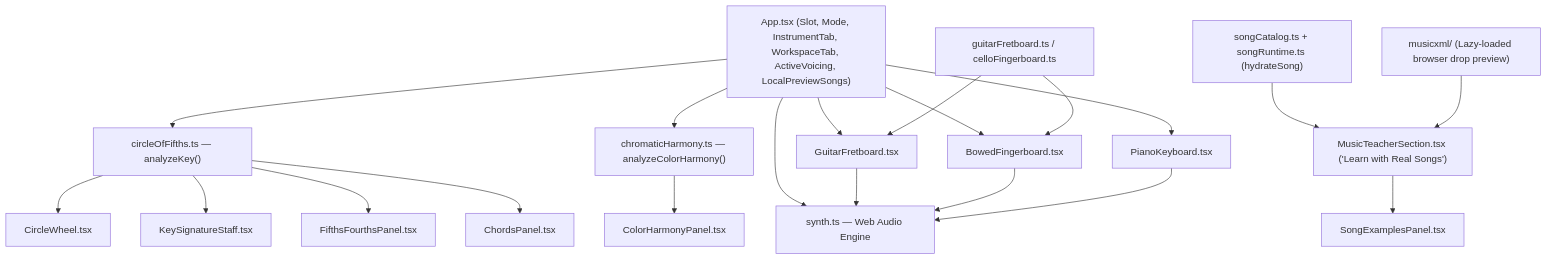
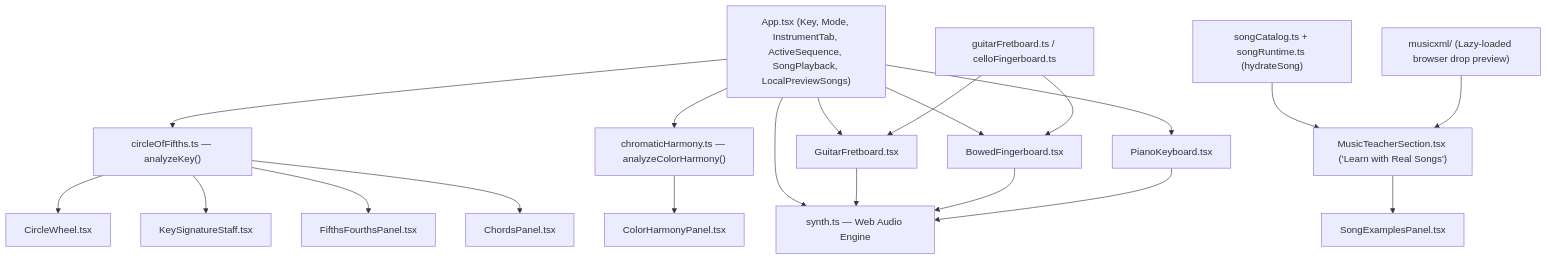
One commit to NewGuy012/musical-scales changed the diagram in docs/architecture.md. Above: the diagram before and after it, drawn with Mermaid. The commit also changed other lines of this file and 5 other files, not shown here.

````diff
--- a/docs/architecture.md
+++ b/docs/architecture.md
@@ -85,34 +84,34 @@
 ```mermaid
 flowchart TD
-    State["App.tsx (Slot, Mode, InstrumentTab, WorkspaceTab, ActiveVoicing, LocalPreviewSongs)"]
+    State["App.tsx (Key, Mode, InstrumentTab, ActiveSequence, SongPlayback, LocalPreviewSongs)"]
     Theory["circleOfFifths.ts — analyzeKey()"]
     ColorTheory["chromaticHarmony.ts — analyzeColorHarmony()"]
     Voicings["guitarFretboard.ts / celloFingerboard.ts"]
     Songs["songCatalog.ts + songRuntime.ts (hydrateSong)"]
     MusicXML["musicxml/ (Lazy-loaded browser drop preview)"]
     Synth["synth.ts — Web Audio Engine"]
 
     State --> Theory
     State --> ColorTheory
     Theory --> Wheel["CircleWheel.tsx"]
     Theory --> Staff["KeySignatureStaff.tsx"]
     Theory --> Neighbors["FifthsFourthsPanel.tsx"]
     Theory --> Chords["ChordsPanel.tsx"]
     ColorTheory --> ColorPanel["ColorHarmonyPanel.tsx"]
 
     Songs --> Teacher["MusicTeacherSection.tsx ('Learn with Real Songs')"]
     MusicXML --> Teacher
     Teacher --> SongPanel["SongExamplesPanel.tsx"]
 
     State --> Piano["PianoKeyboard.tsx"]
     State --> Guitar["GuitarFretboard.tsx"]
     State --> Bowed["BowedFingerboard.tsx"]
 
     Voicings --> Guitar
     Voicings --> Bowed
 
     State --> Synth
     Guitar --> Synth
     Bowed --> Synth
     Piano --> Synth
 ```
````
